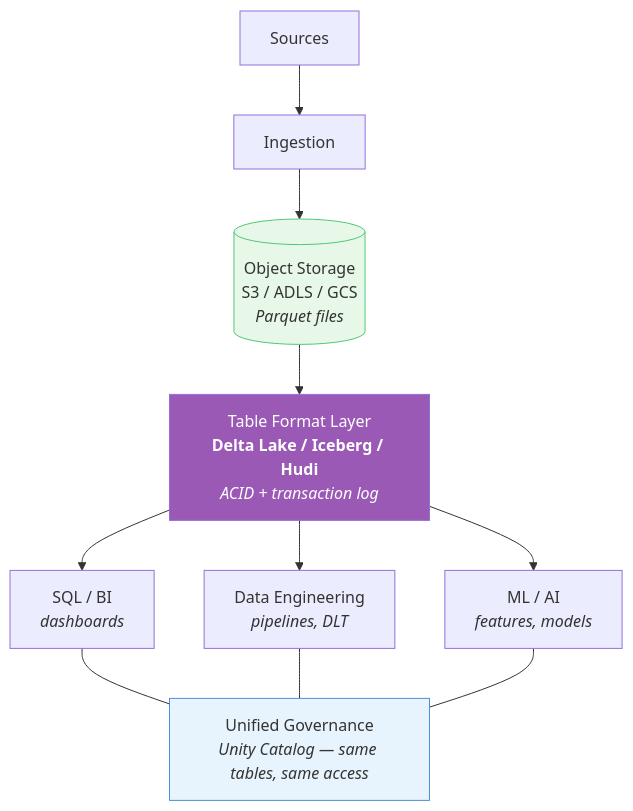
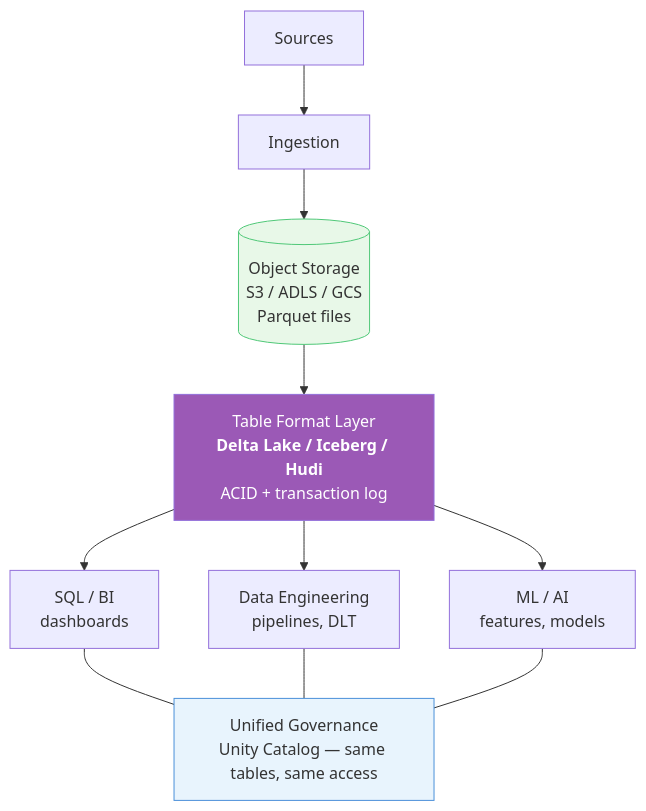
The third of 8 diagrams in data-architecture/data-lakehouse.md (adnanrahin/adnanrahin.github.io), drawn with Mermaid before and after one commit. The commit also changed other lines of this file and 3 other files, not shown here.

Commit message:
updated the flowchart

````diff
--- a/data-architecture/data-lakehouse.md
+++ b/data-architecture/data-lakehouse.md
@@ -112,25 +107,25 @@
 ```mermaid
 flowchart TD
     SRC["Sources"]
     ING["Ingestion"]
-    OBJ[("Object Storage<br/>S3 / ADLS / GCS<br/><i>Parquet files</i>")]
-    TF["Table Format Layer<br/><b>Delta Lake / Iceberg / Hudi</b><br/><i>ACID + transaction log</i>"]
+    OBJ[("Object Storage<br/>S3 / ADLS / GCS<br/>Parquet files")]
+    TF["Table Format Layer<br/><b>Delta Lake / Iceberg / Hudi</b><br/>ACID + transaction log"]
 
-    BI["SQL / BI<br/><i>dashboards</i>"]
-    DE["Data Engineering<br/><i>pipelines, DLT</i>"]
-    ML["ML / AI<br/><i>features, models</i>"]
+    BI["SQL / BI<br/>dashboards"]
+    DE["Data Engineering<br/>pipelines, DLT"]
+    ML["ML / AI<br/>features, models"]
 
-    GOV["Unified Governance<br/><i>Unity Catalog — same tables, same access</i>"]
+    GOV["Unified Governance<br/>Unity Catalog — same tables, same access"]
 
     SRC --> ING --> OBJ --> TF
     TF --> BI
     TF --> DE
     TF --> ML
     BI --- GOV
     DE --- GOV
     ML --- GOV
 
     style OBJ fill:#E8F8E8,stroke:#50C878
     style TF fill:#9B59B6,color:#fff
     style GOV fill:#E8F4FD,stroke:#4A90D9
 ```
````
